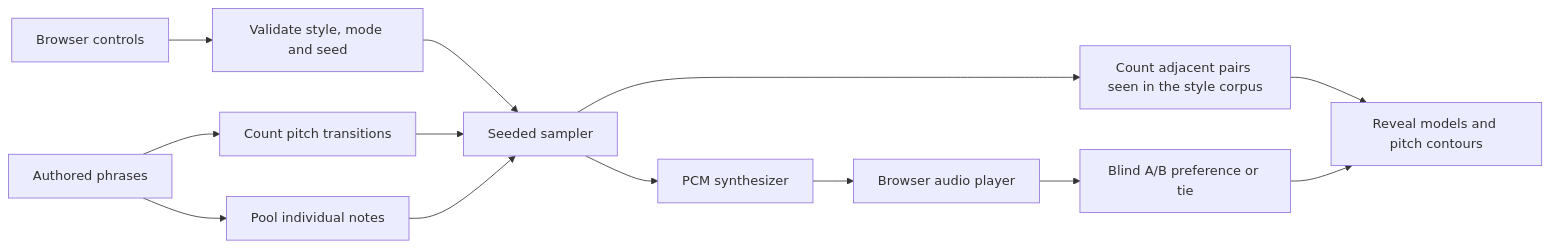
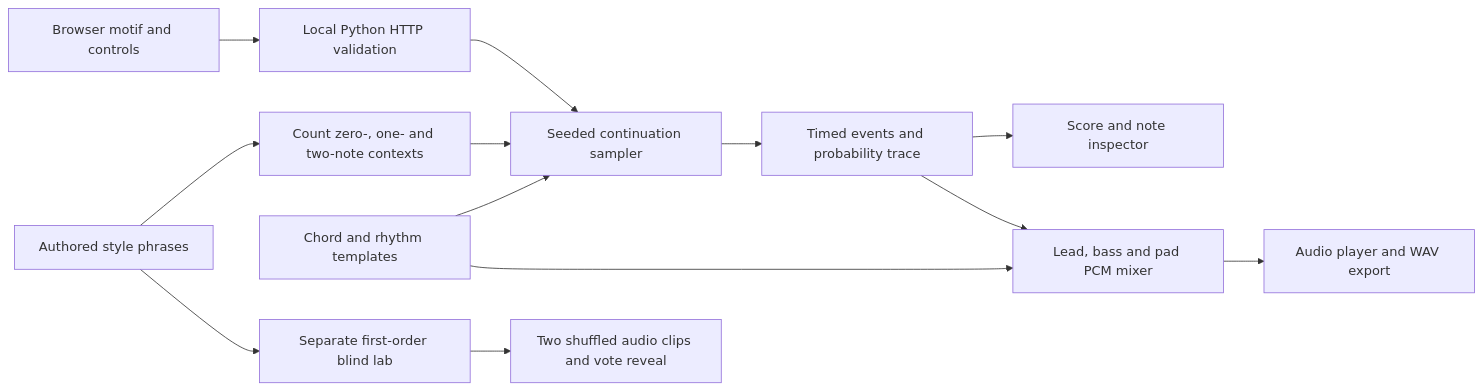
The diagram in DESIGN.md (Utkrisht-sum/Gen-AI-Project), drawn with Mermaid before and after one commit. The commit also changed other lines of this file and 9 other files, not shown here.

````diff
--- a/DESIGN.md
+++ b/DESIGN.md
@@ -9,15 +36,15 @@
-   ```mermaid
-   flowchart LR
-     UI[Browser controls] --> V[Validate style, mode and seed]
-     P[Authored phrases] --> M[Count pitch transitions]
-     P --> B[Pool individual notes]
-     V --> S[Seeded sampler]
-     M --> S
-     B --> S
-     S --> W[PCM synthesizer]
-     W --> A[Browser audio player]
-     S --> E[Count adjacent pairs seen in the style corpus]
-     A --> VOTE[Blind A/B preference or tie]
-     E --> R[Reveal models and pitch contours]
-     VOTE --> R
-   ```
+```mermaid
+flowchart LR
+  UI[Browser motif and controls] --> V[Local Python HTTP validation]
+  V --> G[Seeded continuation sampler]
+  P[Authored style phrases] --> T[Count zero-, one- and two-note contexts]
+  T --> G
+  H[Chord and rhythm templates] --> G
+  G --> E[Timed events and probability trace]
+  E --> S[Score and note inspector]
+  E --> W[Lead, bass and pad PCM mixer]
+  H --> W
+  W --> A[Audio player and WAV export]
+  P --> L[Separate first-order blind lab]
+  L --> B[Two shuffled audio clips and vote reveal]
+```
````
